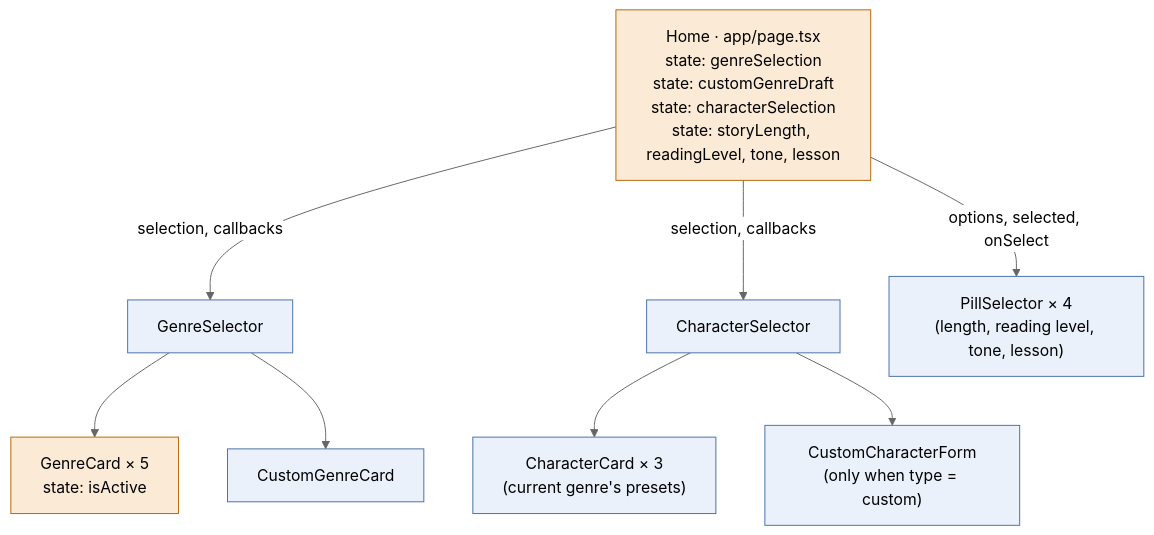
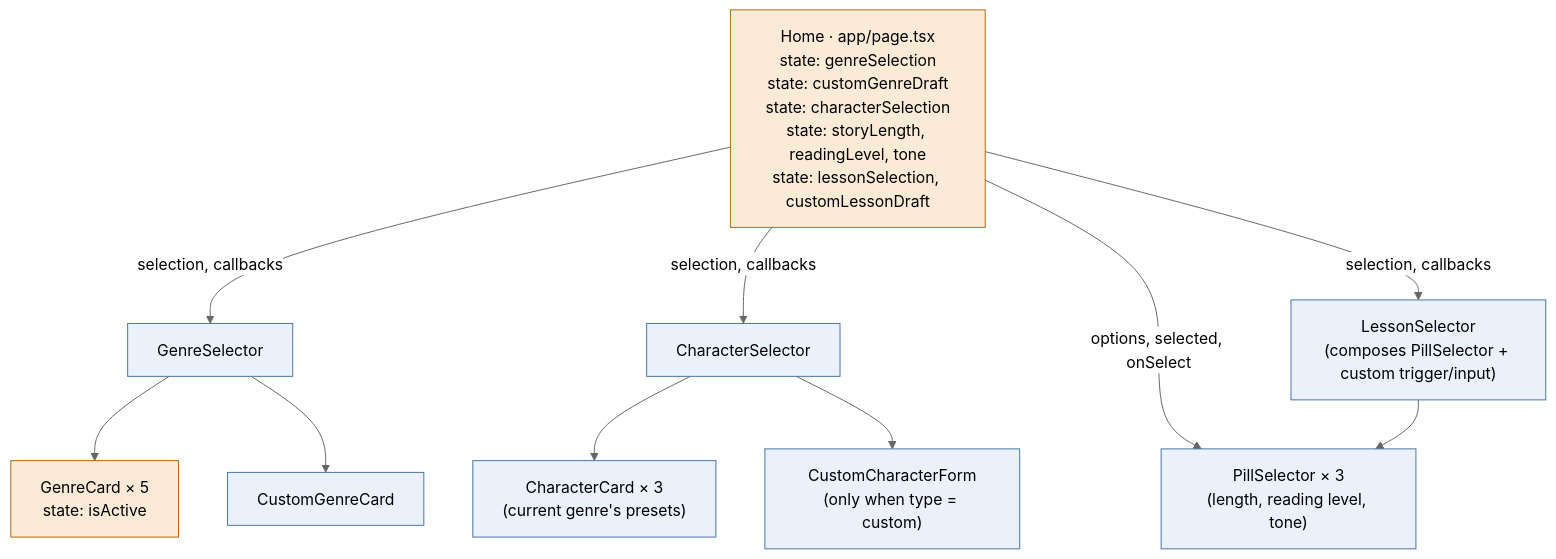
One commit to aio-studios/children-story-app changed the first of 2 diagrams in docs/architecture.md. Above: the diagram before and after it, drawn with Mermaid (neutral theme). The commit also changed other lines of this file and 7 other files, not shown here.

First line of the commit message:
Add custom "type your own" lesson/value option (#31)

````diff
--- a/docs/architecture.md
+++ b/docs/architecture.md
@@ -38,24 +38,27 @@
 ```mermaid
 graph TD
-  Page["Home · app/page.tsx<br/>state: genreSelection<br/>state: customGenreDraft<br/>state: characterSelection<br/>state: storyLength, readingLevel, tone, lesson"]
+  Page["Home · app/page.tsx<br/>state: genreSelection<br/>state: customGenreDraft<br/>state: characterSelection<br/>state: storyLength, readingLevel, tone<br/>state: lessonSelection, customLessonDraft"]
   GS["GenreSelector"]
   CS["CharacterSelector"]
   GC["GenreCard × 5<br/>state: isActive"]
   CGC["CustomGenreCard"]
   CC["CharacterCard × 3<br/>(current genre's presets)"]
   CCF["CustomCharacterForm<br/>(only when type = custom)"]
-  PS["PillSelector × 4<br/>(length, reading level, tone, lesson)"]
+  PS["PillSelector × 3<br/>(length, reading level, tone)"]
+  LS["LessonSelector<br/>(composes PillSelector + custom trigger/input)"]
 
   Page -->|selection, callbacks| GS
   Page -->|selection, callbacks| CS
   Page -->|options, selected, onSelect| PS
+  Page -->|selection, callbacks| LS
   GS --> GC
   GS --> CGC
   CS --> CC
   CS --> CCF
+  LS --> PS
 
   classDef stateful fill:#FBEBD6,stroke:#B5670E;
   classDef plain fill:#EAF1FB,stroke:#4A72A8;
   class Page,GC stateful;
-  class GS,CS,CGC,CC,CCF,PS plain;
+  class GS,CS,CGC,CC,CCF,PS,LS plain;
 ```
````
